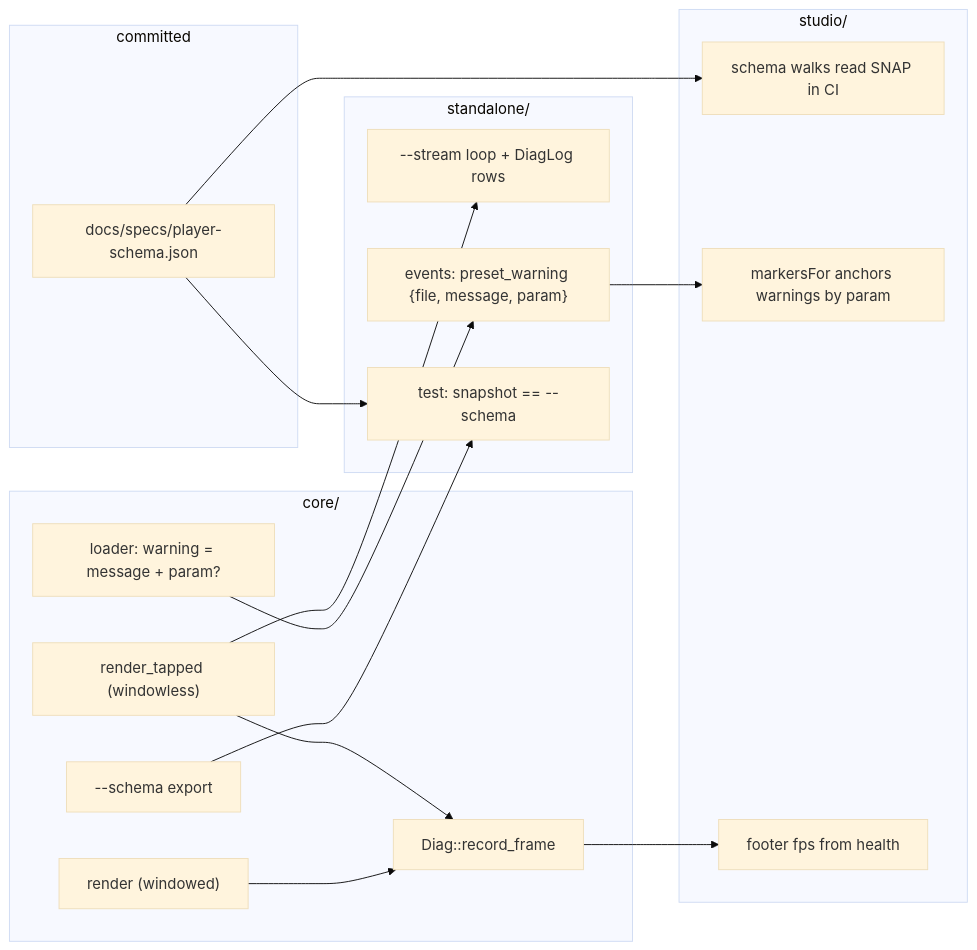
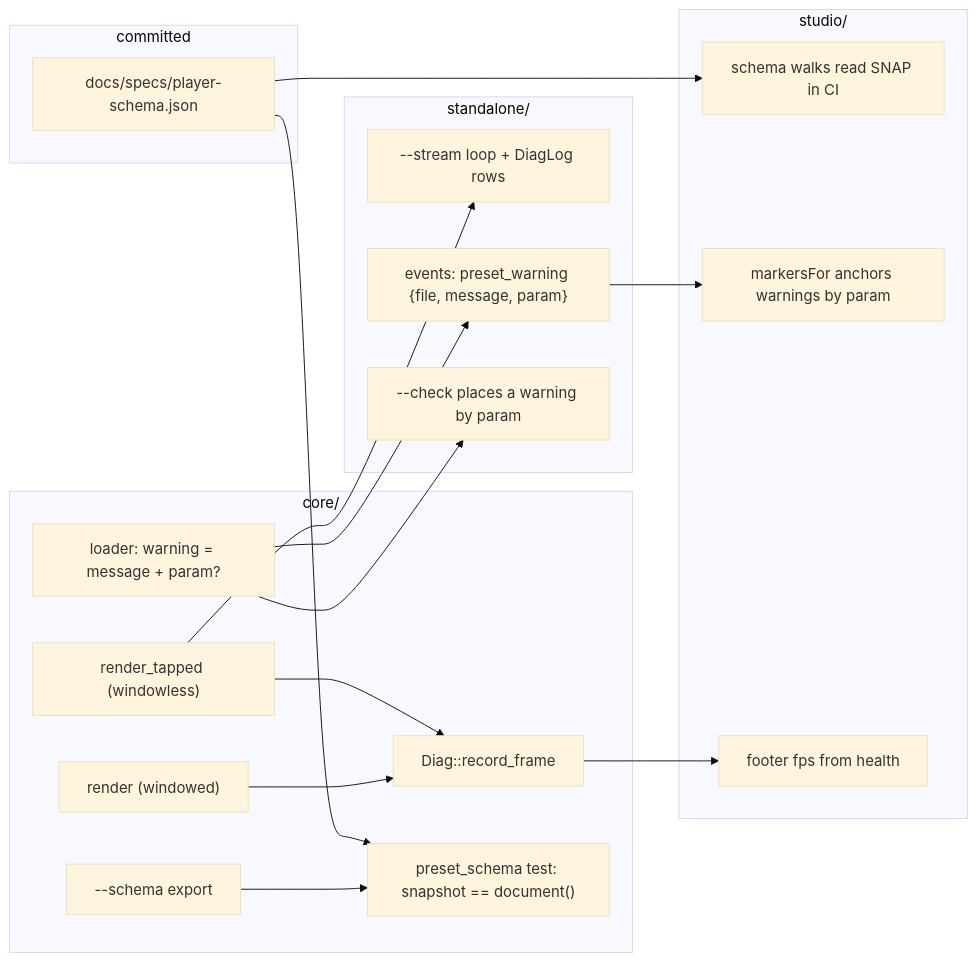
One commit to IgorKonovalov/Ritmolux changed the diagram in docs/plans/0172-the-studios-readings-become-true.md. Above: the diagram before and after it, drawn with Mermaid (base theme). The commit also changed other lines of this file and 4 other files, not shown here.

First line of the commit message:
docs(plans): approve 0170-0173, reconcile 0172 with the closed 0169, sequence two lanes

````diff
--- a/docs/plans/0172-the-studios-readings-become-true.md
+++ b/docs/plans/0172-the-studios-readings-become-true.md
@@ -49,28 +49,30 @@
 ```mermaid
 flowchart LR
     subgraph core["core/"]
         R["render (windowed)"] --> RF["Diag::record_frame"]
         RT["render_tapped (windowless)"] --> RF
         L["loader: warning = message + param?"]
         X["--schema export"]
+        SNT["preset_schema test: snapshot == document()"]
     end
     subgraph sa["standalone/"]
         ST["--stream loop + DiagLog rows"]
         EV["events: preset_warning {file, message, param}"]
-        SNT["test: snapshot == --schema"]
+        CHK["--check places a warning by param"]
     end
     subgraph repo["committed"]
         SNAP["docs/specs/player-schema.json"]
     end
     subgraph studio["studio/"]
         W["schema walks read SNAP in CI"]
         M["markersFor anchors warnings by param"]
         F["footer fps from health"]
     end
     RT --> ST
     L --> EV --> M
+    L --> CHK
     X --> SNT
     SNAP --> SNT
     SNAP --> W
     RF --> F
 ```
````
